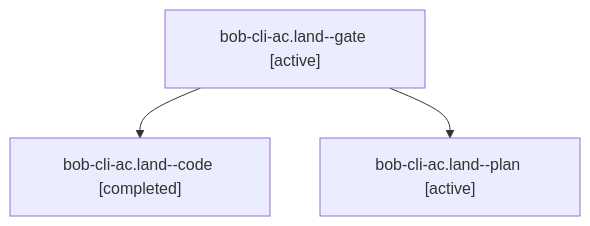
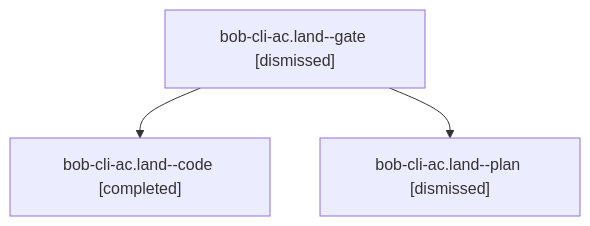
One commit to bobs-org/bob-cli--agents changed the diagram in sessions/bbugyi200.apollo.bob-cli-ac.land.md. Above: the diagram before and after it, drawn with Mermaid. The commit also changed other lines of this file and 225 other files, not shown here.

````diff
--- a/sessions/bbugyi200.apollo.bob-cli-ac.land.md
+++ b/sessions/bbugyi200.apollo.bob-cli-ac.land.md
@@ -9,8 +9,8 @@
 ```mermaid
 flowchart TD
-  n0["bob-cli-ac.land--gate [active]"]
+  n0["bob-cli-ac.land--gate [dismissed]"]
   n1["bob-cli-ac.land--code [completed]"]
   n0 --> n1
-  n2["bob-cli-ac.land--plan [active]"]
+  n2["bob-cli-ac.land--plan [dismissed]"]
   n0 --> n2
 ```
````
